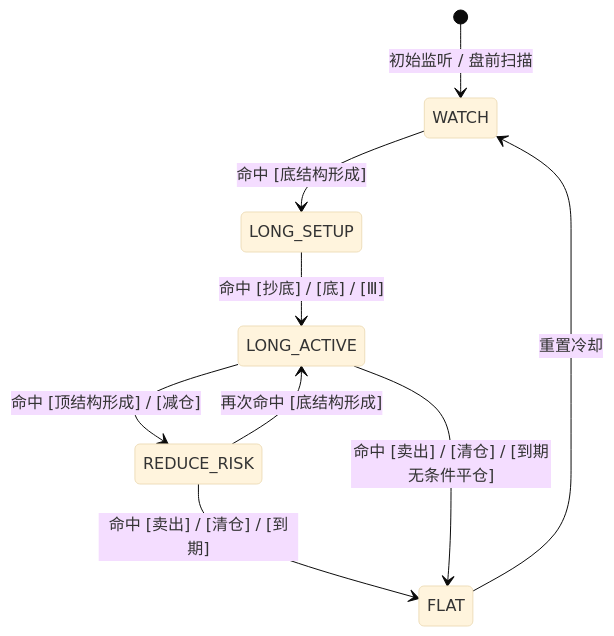
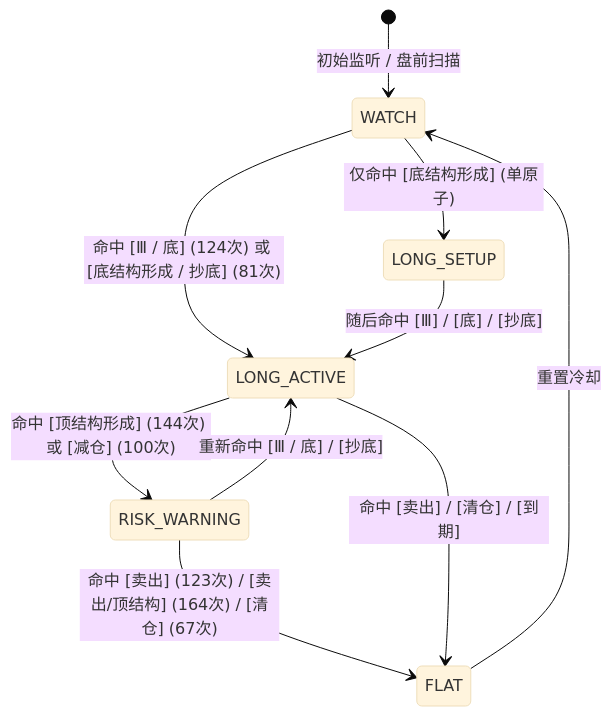
One commit to wikiTang-code/whop-wechat-bridge changed the diagram in data/specs/STAGE2_signal_statemachine.md. Above: the diagram before and after it, drawn with Mermaid (base theme). The commit also changed other lines of this file and 3 other files, not shown here.

````diff
--- a/data/specs/STAGE2_signal_statemachine.md
+++ b/data/specs/STAGE2_signal_statemachine.md
@@ -42,15 +43,16 @@
 ```mermaid
 stateDiagram-v2
     [*] --> WATCH: 初始监听 / 盘前扫描
     
-    WATCH --> LONG_SETUP: 命中 [底结构形成]
-    LONG_SETUP --> LONG_ACTIVE: 命中 [抄底] / [底] / [Ⅲ]
+    WATCH --> LONG_ACTIVE: 命中 [Ⅲ / 底] (124次) 或 [底结构形成 / 抄底] (81次)
+    WATCH --> LONG_SETUP: 仅命中 [底结构形成] (单原子)
+    LONG_SETUP --> LONG_ACTIVE: 随后命中 [Ⅲ] / [底] / [抄底]
     
-    LONG_ACTIVE --> REDUCE_RISK: 命中 [顶结构形成] / [减仓]
-    REDUCE_RISK --> LONG_ACTIVE: 再次命中 [底结构形成]
+    LONG_ACTIVE --> RISK_WARNING: 命中 [顶结构形成] (144次) 或 [减仓] (100次)
+    RISK_WARNING --> LONG_ACTIVE: 重新命中 [Ⅲ / 底] / [抄底]
     
-    REDUCE_RISK --> FLAT: 命中 [卖出] / [清仓] / [到期]
-    LONG_ACTIVE --> FLAT: 命中 [卖出] / [清仓] / [到期无条件平仓]
+    RISK_WARNING --> FLAT: 命中 [卖出] (123次) / [卖出/顶结构] (164次) / [清仓] (67次)
+    LONG_ACTIVE --> FLAT: 命中 [卖出] / [清仓] / [到期]
     
     FLAT --> WATCH: 重置冷却
 ```
````
